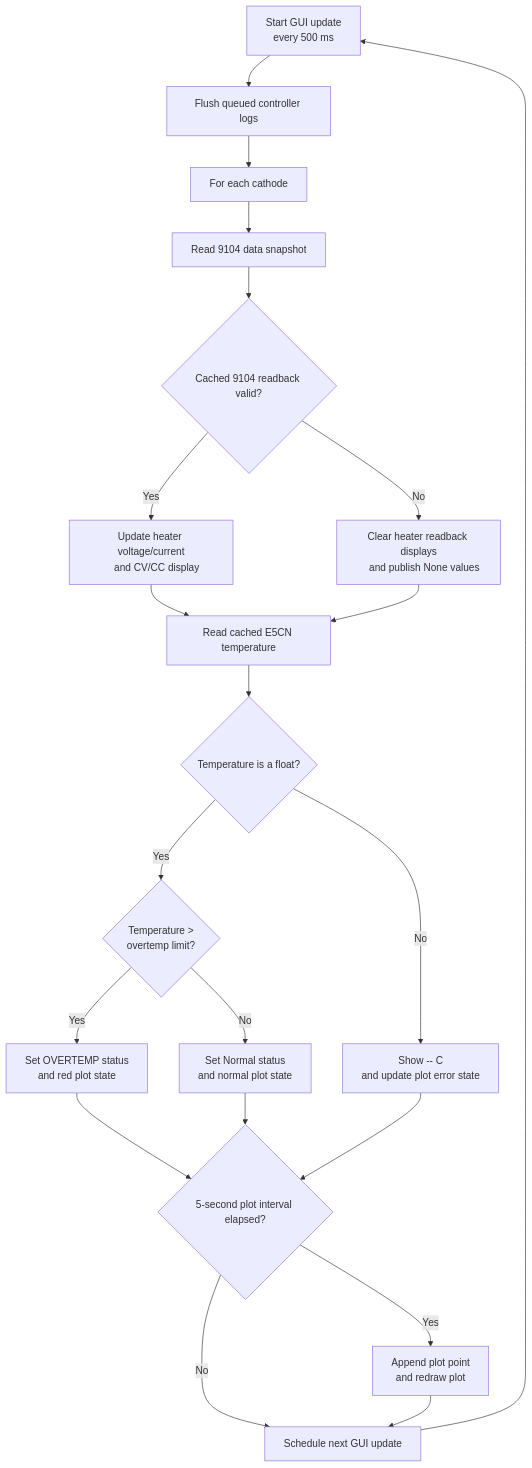
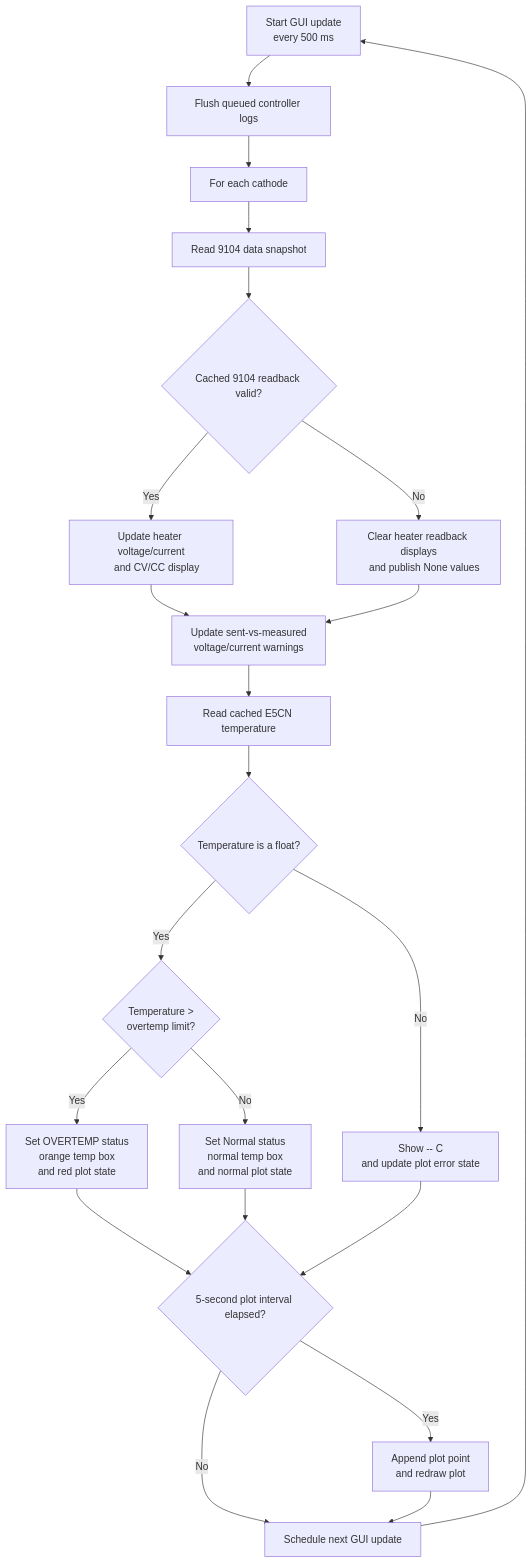
The fourth of 6 diagrams in subsystem/cathode_heating/README.md (uw-loci/EBEAM_dashboard), drawn with Mermaid before and after one commit. The commit also changed other lines of this file, not shown here.

````diff
--- a/subsystem/cathode_heating/README.md
+++ b/subsystem/cathode_heating/README.md
@@ -532,33 +575,37 @@
 ```mermaid
 flowchart TB
     Start["Start GUI update
     every 500 ms"] --> FlushLogs["Flush queued controller logs"]
     FlushLogs --> EachCathode["For each cathode"]
     EachCathode --> ReadCache["Read 9104 data snapshot"]
     ReadCache --> CacheOK{"Cached 9104 readback valid?"}
     CacheOK -- Yes --> UpdatePS["Update heater voltage/current
     and CV/CC display"]
     CacheOK -- No --> ClearPS["Clear heater readback displays
     and publish None values"]
 
-    UpdatePS --> ReadTemp["Read cached E5CN temperature"]
-    ClearPS --> ReadTemp
+    UpdatePS --> WarnCheck["Update sent-vs-measured
+    voltage/current warnings"]
+    ClearPS --> WarnCheck
+    WarnCheck --> ReadTemp["Read cached E5CN temperature"]
     ReadTemp --> TempValid{"Temperature is a float?"}
     TempValid -- No --> TempUnavailable["Show -- C
     and update plot error state"]
     TempValid -- Yes --> CheckOT{"Temperature >
     overtemp limit?"}
     CheckOT -- Yes --> OTActions["Set OVERTEMP status
+    orange temp box
     and red plot state"]
     CheckOT -- No --> NormalTemp["Set Normal status
+    normal temp box
     and normal plot state"]
 
     OTActions --> PlotCheck{"5-second plot interval elapsed?"}
     NormalTemp --> PlotCheck
     TempUnavailable --> PlotCheck
     PlotCheck -- Yes --> UpdatePlot["Append plot point
     and redraw plot"]
     PlotCheck -- No --> ScheduleNext["Schedule next GUI update"]
     UpdatePlot --> ScheduleNext
     ScheduleNext --> Start
 ```
````
